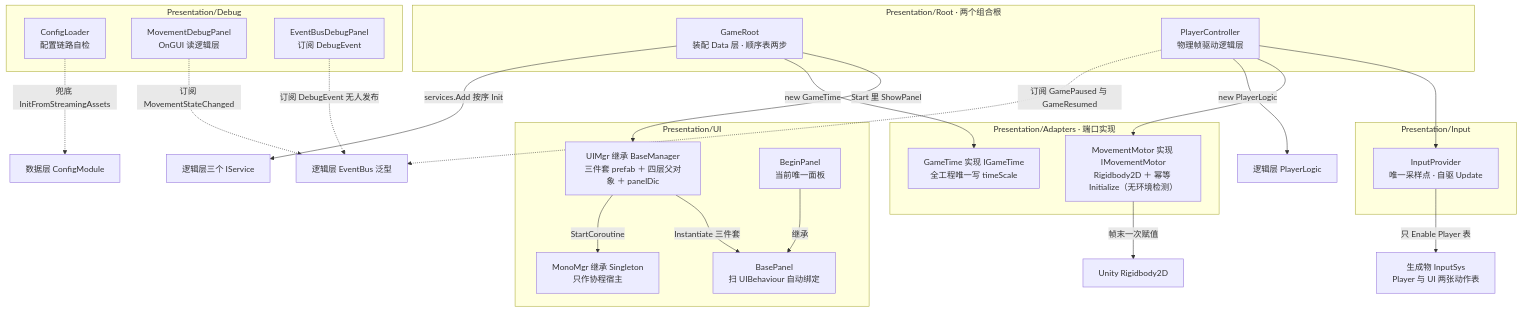
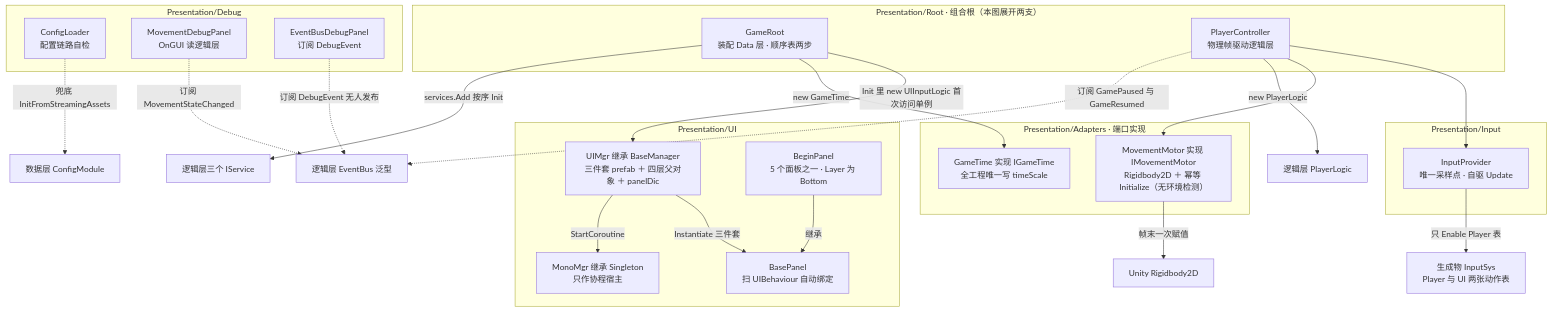
One commit to 5FYZhou/deepseaoil changed the fourth of 16 diagrams in Docs/框架设计/架构图集.md. Above: the diagram before and after it, drawn with Mermaid. The commit also changed other lines of this file and 152 other files, not shown here.

````diff
--- a/Docs/框架设计/架构图集.md
+++ b/Docs/框架设计/架构图集.md
@@ -190,46 +190,46 @@
 ```mermaid
 flowchart TD
-  subgraph ROOT["Presentation/Root · 两个组合根"]
+  subgraph ROOT["Presentation/Root · 组合根（本图展开两支）"]
     GR["GameRoot<br/>装配 Data 层 · 顺序表两步"]
     PC["PlayerController<br/>物理帧驱动逻辑层"]
   end
   subgraph ADP["Presentation/Adapters · 端口实现"]
     MM["MovementMotor 实现 IMovementMotor<br/>Rigidbody2D ＋ 幂等 Initialize（无环境检测）"]
     GT["GameTime 实现 IGameTime<br/>全工程唯一写 timeScale"]
   end
   subgraph PIN["Presentation/Input"]
     IP["InputProvider<br/>唯一采样点 · 自驱 Update"]
   end
   subgraph UIG["Presentation/UI"]
     UM["UIMgr 继承 BaseManager<br/>三件套 prefab ＋ 四层父对象 ＋ panelDic"]
     BP["BasePanel<br/>扫 UIBehaviour 自动绑定"]
-    BG["BeginPanel<br/>当前唯一面板"]
+    BG["BeginPanel<br/>5 个面板之一 · Layer 为 Bottom"]
     MMR["MonoMgr 继承 Singleton<br/>只作协程宿主"]
   end
   subgraph DBG["Presentation/Debug"]
     CL["ConfigLoader<br/>配置链路自检"]
     MDP["MovementDebugPanel<br/>OnGUI 读逻辑层"]
     EBP["EventBusDebugPanel<br/>订阅 DebugEvent"]
   end
   ISY["生成物 InputSys<br/>Player 与 UI 两张动作表"]
   CM2["数据层 ConfigModule"]
   EBS["逻辑层 EventBus 泛型"]
   PL2["逻辑层 PlayerLogic"]
   SVC2["逻辑层三个 IService"]
   RB["Unity Rigidbody2D"]
-  GR -->|"Start 里 ShowPanel"| UM
+  GR -->|"Init 里 new UIInputLogic 首次访问单例"| UM
   GR -->|"new GameTime"| GT
   GR -->|"services.Add 按序 Init"| SVC2
   PC --> IP
   PC --> MM
   PC -->|"new PlayerLogic"| PL2
   PC -.->|"订阅 GamePaused 与 GameResumed"| EBS
   UM -->|"Instantiate 三件套"| BP
   BG -->|"继承"| BP
   UM -->|"StartCoroutine"| MMR
   IP -->|"只 Enable Player 表"| ISY
   MM -->|"帧末一次赋值"| RB
   MDP -.->|"订阅 MovementStateChanged"| EBS
   EBP -.->|"订阅 DebugEvent 无人发布"| EBS
   CL -.->|"兜底 InitFromStreamingAssets"| CM2
 ```
````
